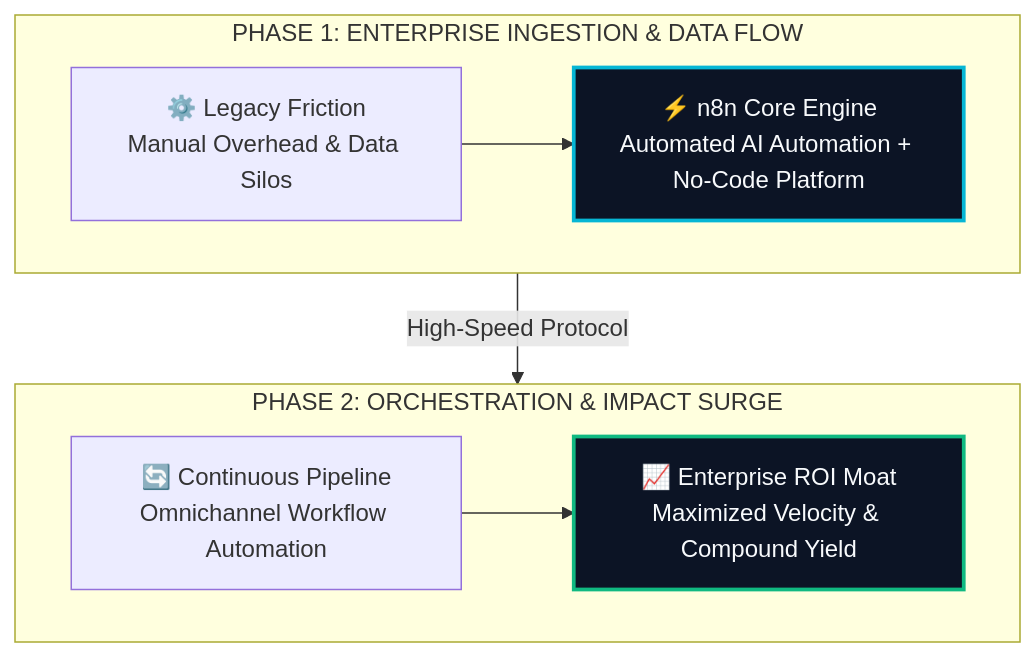
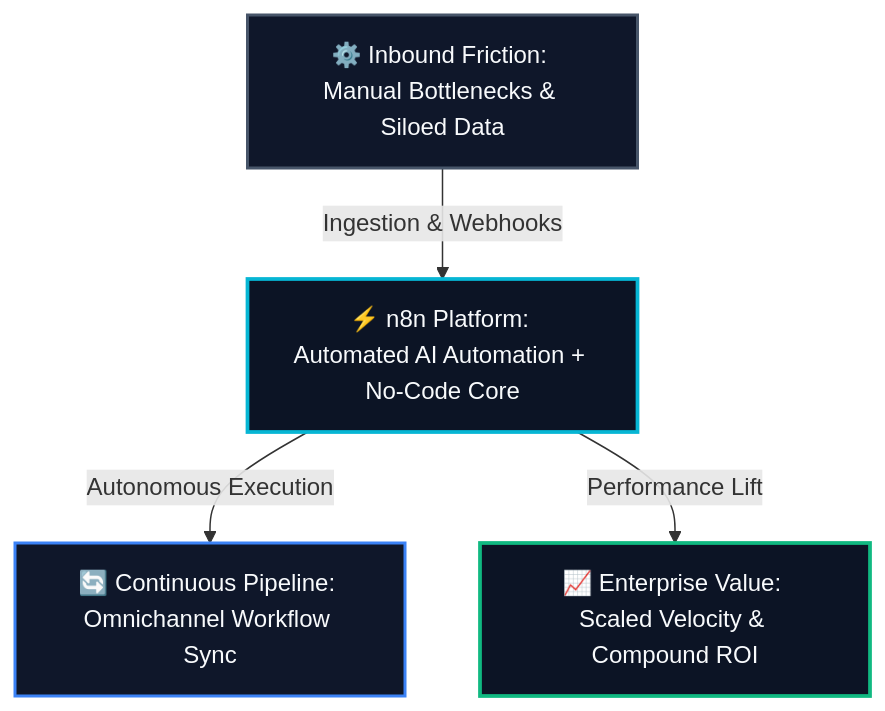
One commit to heliatech-media/saas-radar changed the diagram in site/src/content/blog/n8n-evolution-guide-2026.md. Above: the diagram before and after it, drawn with Mermaid. The commit also changed 93 other files, not shown here.

First line of the commit message:
fix(diagrams): resolve dagre-d3 subgraph collision by migrating to balanced 3-tier Hub & Spoke architecture

````diff
--- a/site/src/content/blog/n8n-evolution-guide-2026.md
+++ b/site/src/content/blog/n8n-evolution-guide-2026.md
@@ -61,14 +61,14 @@
 ```mermaid
 flowchart TD
-    subgraph S1["PHASE 1: ENTERPRISE INGESTION & DATA FLOW"]
-        direction LR
-        A["⚙️ Legacy Friction<br/>Manual Overhead & Data Silos"] --> B["⚡ n8n Core Engine<br/>Automated AI Automation + No-Code Platform"]
-    end
-    subgraph S2["PHASE 2: ORCHESTRATION & IMPACT SURGE"]
-        direction LR
-        C["🔄 Continuous Pipeline<br/>Omnichannel Workflow Automation"] --> D["📈 Enterprise ROI Moat<br/>Maximized Velocity & Compound Yield"]
-    end
-    S1 -->|High-Speed Protocol| S2
-    style B fill:#0c1425,stroke:#06b6d4,stroke-width:2.5px,color:#f8fafc
-    style D fill:#0c1425,stroke:#10b981,stroke-width:2.5px,color:#f8fafc
+    Inp["⚙️ Inbound Friction: Manual Bottlenecks & Siloed Data"]
+    Eng["⚡ n8n Platform: Automated AI Automation + No-Code Core"]
+    Out1["🔄 Continuous Pipeline: Omnichannel Workflow Sync"]
+    Out2["📈 Enterprise Value: Scaled Velocity & Compound ROI"]
+    Inp -->|Ingestion & Webhooks| Eng
+    Eng -->|Autonomous Execution| Out1
+    Eng -->|Performance Lift| Out2
+    style Inp fill:#0f172a,stroke:#475569,stroke-width:2px,color:#f8fafc
+    style Eng fill:#0c1425,stroke:#06b6d4,stroke-width:2.5px,color:#f8fafc
+    style Out1 fill:#0f172a,stroke:#3b82f6,stroke-width:2px,color:#f8fafc
+    style Out2 fill:#0c1425,stroke:#10b981,stroke-width:2.5px,color:#f8fafc
 ```
````
